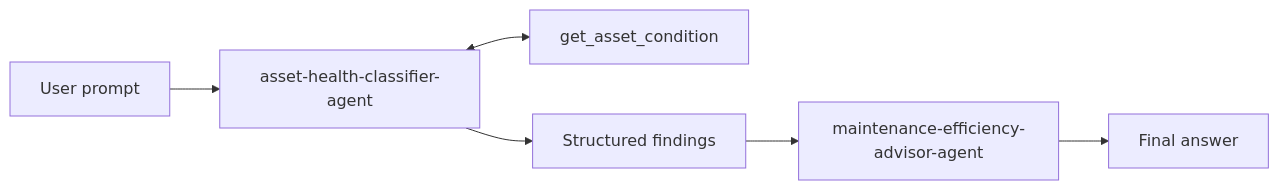
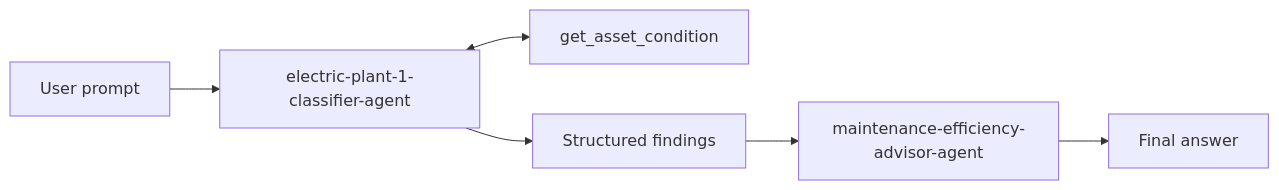
The diagram in labs/electric-plant-portal/challenge-4-workflow/README.md (microsoft-hacks/Frontier-Hack), drawn with Mermaid before and after one commit. The commit also changed other lines of this file and 7 other files, not shown here.

Commit message:
update electric-plant lab

````diff
--- a/labs/electric-plant-portal/challenge-4-workflow/README.md
+++ b/labs/electric-plant-portal/challenge-4-workflow/README.md
@@ -11,8 +11,8 @@
 ```mermaid
 flowchart LR
-    U[User prompt] --> C[asset-health-classifier-agent]
+    U[User prompt] --> C[electric-plant-1-classifier-agent]
     C <--> T[get_asset_condition]
     C --> F[Structured findings]
     F --> A[maintenance-efficiency-advisor-agent]
     A --> R[Final answer]
 ```
````
